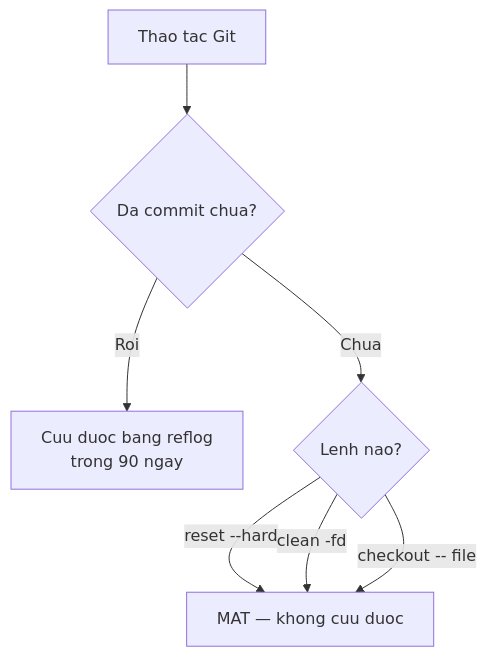
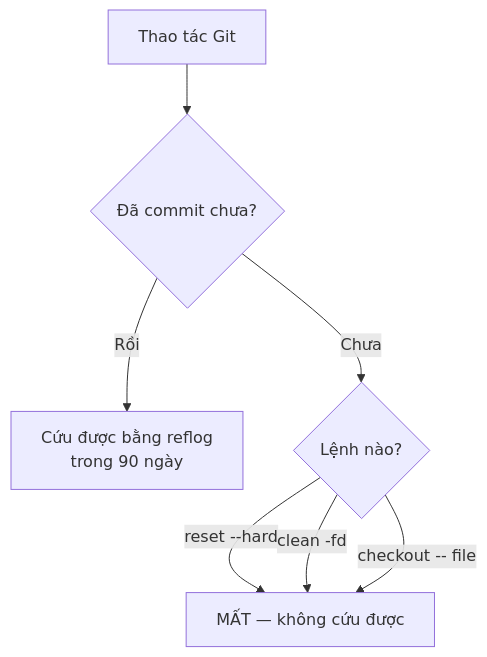
Before and after one commit to TienNHM/tiennhm.github.io: the diagram in docs/09-dotnet-backend-zero-to-senior/stage-01-foundation/module-03-git-developer-workflow/3.3-git-safety-checklist.mdx, drawn with Mermaid. The commit also changed other lines of this file and 17 other files, not shown here.

````diff
--- a/docs/09-dotnet-backend-zero-to-senior/stage-01-foundation/module-03-git-developer-workflow/3.3-git-safety-checklist.mdx
+++ b/docs/09-dotnet-backend-zero-to-senior/stage-01-foundation/module-03-git-developer-workflow/3.3-git-safety-checklist.mdx
@@ -52,9 +52,9 @@
 ```mermaid
 flowchart TD
-    A[Thao tac Git] --> B{Da commit chua?}
-    B -->|Roi| C[Cuu duoc bang reflog<br/>trong 90 ngay]
-    B -->|Chua| D{Lenh nao?}
-    D -->|reset --hard| E[MAT — khong cuu duoc]
+    A[Thao tác Git] --> B{Đã commit chưa?}
+    B -->|Rồi| C[Cứu được bằng reflog<br/>trong 90 ngày]
+    B -->|Chưa| D{Lệnh nào?}
+    D -->|reset --hard| E[MẤT — không cứu được]
     D -->|clean -fd| E
     D -->|checkout -- file| E
 ```
````
